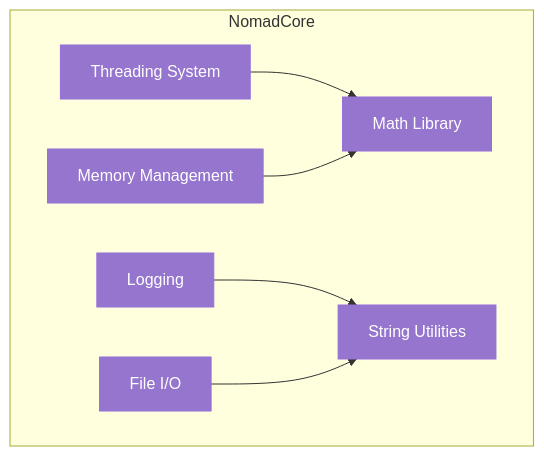
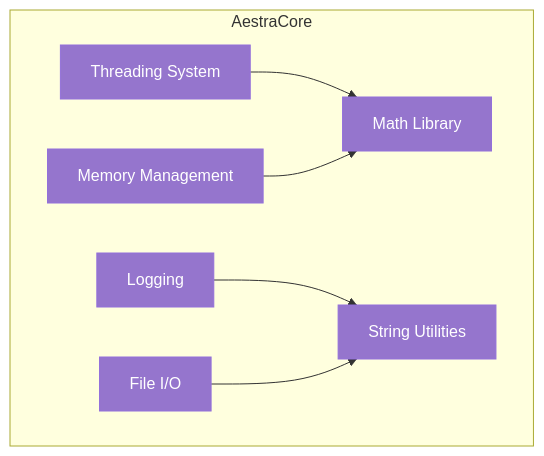
The diagram in docs/architecture/nomad-core.md (currentsuspect/Aestra), drawn with Mermaid before and after one commit. The commit also changed other lines of this file and 1011 other files, not shown here.

Commit message:
Rename Nomad DAW to Aestra DAW

````diff
--- a/docs/architecture/nomad-core.md
+++ b/docs/architecture/nomad-core.md
@@ -148,23 +148,23 @@
 ```mermaid
 graph TB
-    subgraph NomadCore
+    subgraph AestraCore
         Math[Math Library]
         Thread[Threading System]
         IO[File I/O]
         Log[Logging]
         Memory[Memory Management]
         String[String Utilities]
     end
     
     Thread --> Math
     Log --> String
     IO --> String
     Memory --> Math
     
     style Math fill:#9575cd,color:#fff
     style Thread fill:#9575cd,color:#fff
     style IO fill:#9575cd,color:#fff
     style Log fill:#9575cd,color:#fff
     style Memory fill:#9575cd,color:#fff
     style String fill:#9575cd,color:#fff
 ```
````
